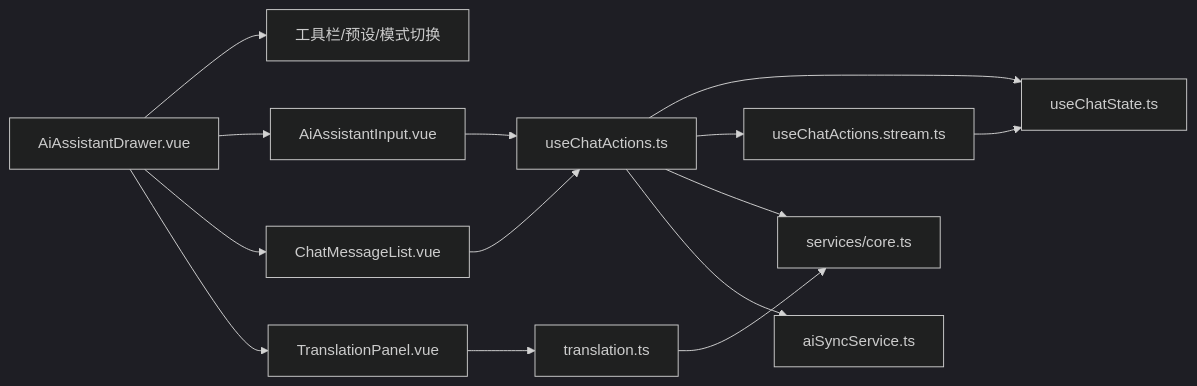
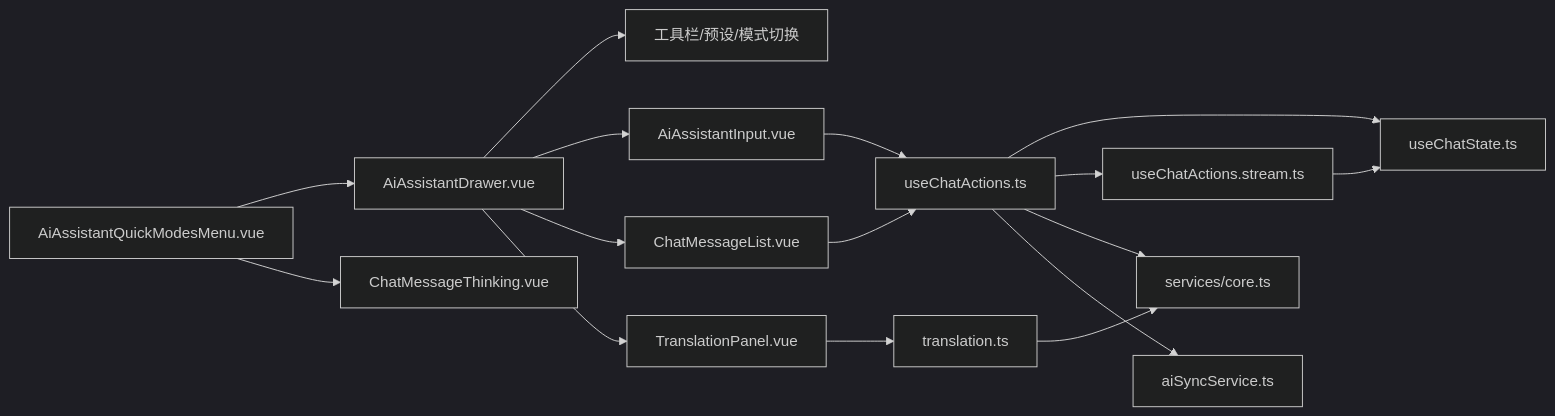
Before and after one commit to xixixiaoyu/Todo: diagram 14 of 18 in .qoder/repowiki/zh/content/核心模块/AI助手系统/AI助手系统.md, drawn with Mermaid (dark theme). The commit also changed other lines of this file and 5 other files, not shown here.

````diff
--- a/.qoder/repowiki/zh/content/核心模块/AI助手系统/AI助手系统.md
+++ b/.qoder/repowiki/zh/content/核心模块/AI助手系统/AI助手系统.md
@@ -746,16 +878,18 @@
 ```mermaid
 graph LR
-Drawer["AiAssistantDrawer.vue"] --> Toolbar["工具栏/预设/模式切换"]
+QuickModes["AiAssistantQuickModesMenu.vue"] --> Drawer["AiAssistantDrawer.vue"]
+Drawer --> Toolbar["工具栏/预设/模式切换"]
 Drawer --> Input["AiAssistantInput.vue"]
 Drawer --> List["ChatMessageList.vue"]
 Drawer --> Translation["TranslationPanel.vue"]
+QuickModes --> Thinking["ChatMessageThinking.vue"]
 Input --> Actions["useChatActions.ts"]
 List --> Actions
 Translation --> TranslationSvc["translation.ts"]
 Actions --> State["useChatState.ts"]
 Actions --> Stream["useChatActions.stream.ts"]
 Actions --> Core["services/core.ts"]
 Actions --> Sync["aiSyncService.ts"]
 TranslationSvc --> Core
 Stream --> State
 ```
````
